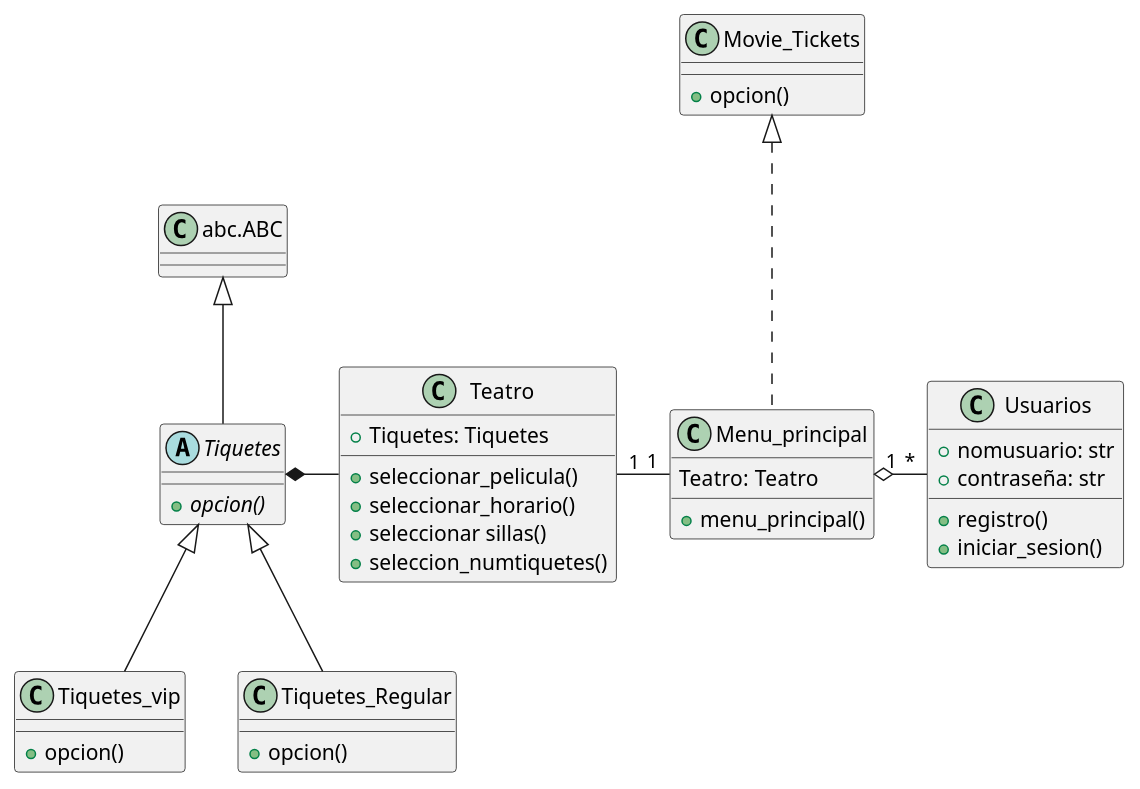
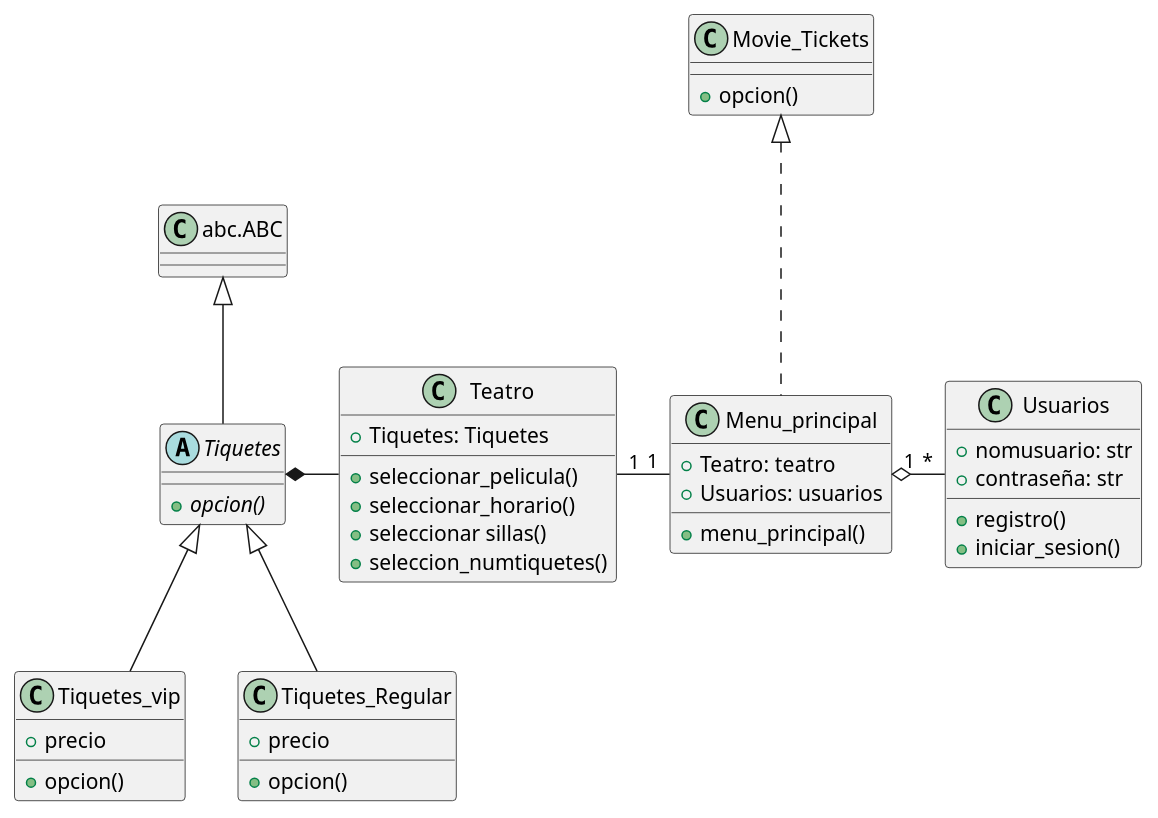
Before and after one commit to MarianaGb12/SecondPartial: the diagram in DiagramUML.puml, drawn with PlantUML. The commit also changed other lines of this file, not shown here.

```diff
--- a/DiagramUML.puml
+++ b/DiagramUML.puml
@@ -1,54 +1,57 @@
 @startuml
 
 class "abc.ABC" as abc{}
 
 abstract class Tiquetes{
 + {abstract} opcion()
 }
 
 class Tiquetes_vip{
++precio
 +opcion()
 }
 
 class Tiquetes_Regular{
++precio
 +opcion()
 }
 
 abc <|-- Tiquetes
 Tiquetes<|-- Tiquetes_Regular
 Tiquetes<|-- Tiquetes_vip
 Tiquetes*-right- Teatro
 
 class Usuarios{
 +nomusuario: str
 +contraseña: str
 +registro()
 +iniciar_sesion()
 }
 
 class Movie_Tickets{
 +opcion()
 }
 class Menu_principal{
-Teatro: Teatro
++Teatro: teatro
++Usuarios: usuarios
 +menu_principal()
 }
 
 class Teatro{
 +Tiquetes: Tiquetes
 +seleccionar_pelicula()
 +seleccionar_horario()
 +seleccionar sillas()
 +seleccion_numtiquetes()
 }
 
 
 
 skinparam groupInheritance 1
 Movie_Tickets<|.down.. Menu_principal
 
 Usuarios"*" -left-o  "1"Menu_principal
 
 Menu_principal"1" -left- "1"Teatro
 
 @enduml
```
